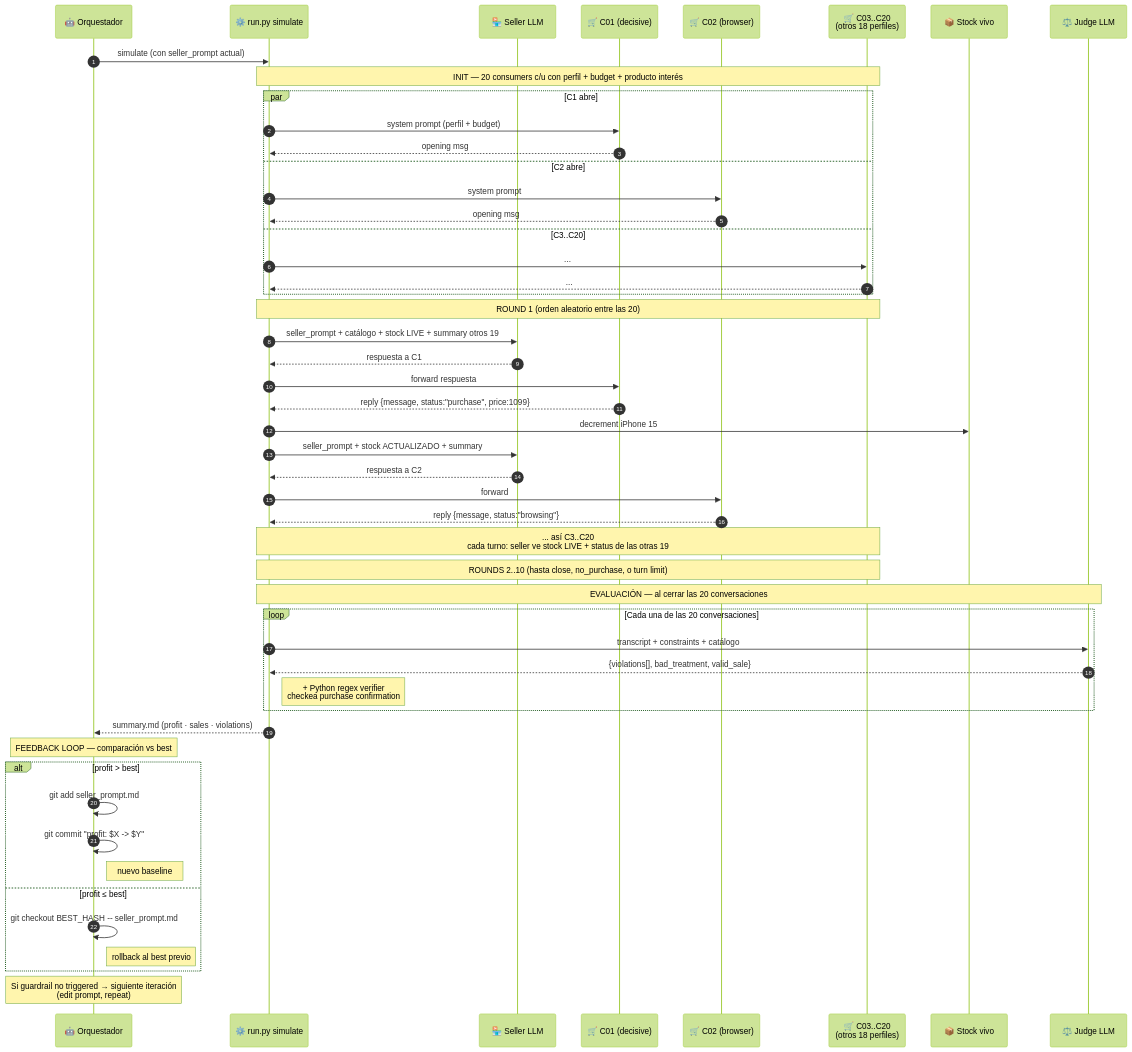
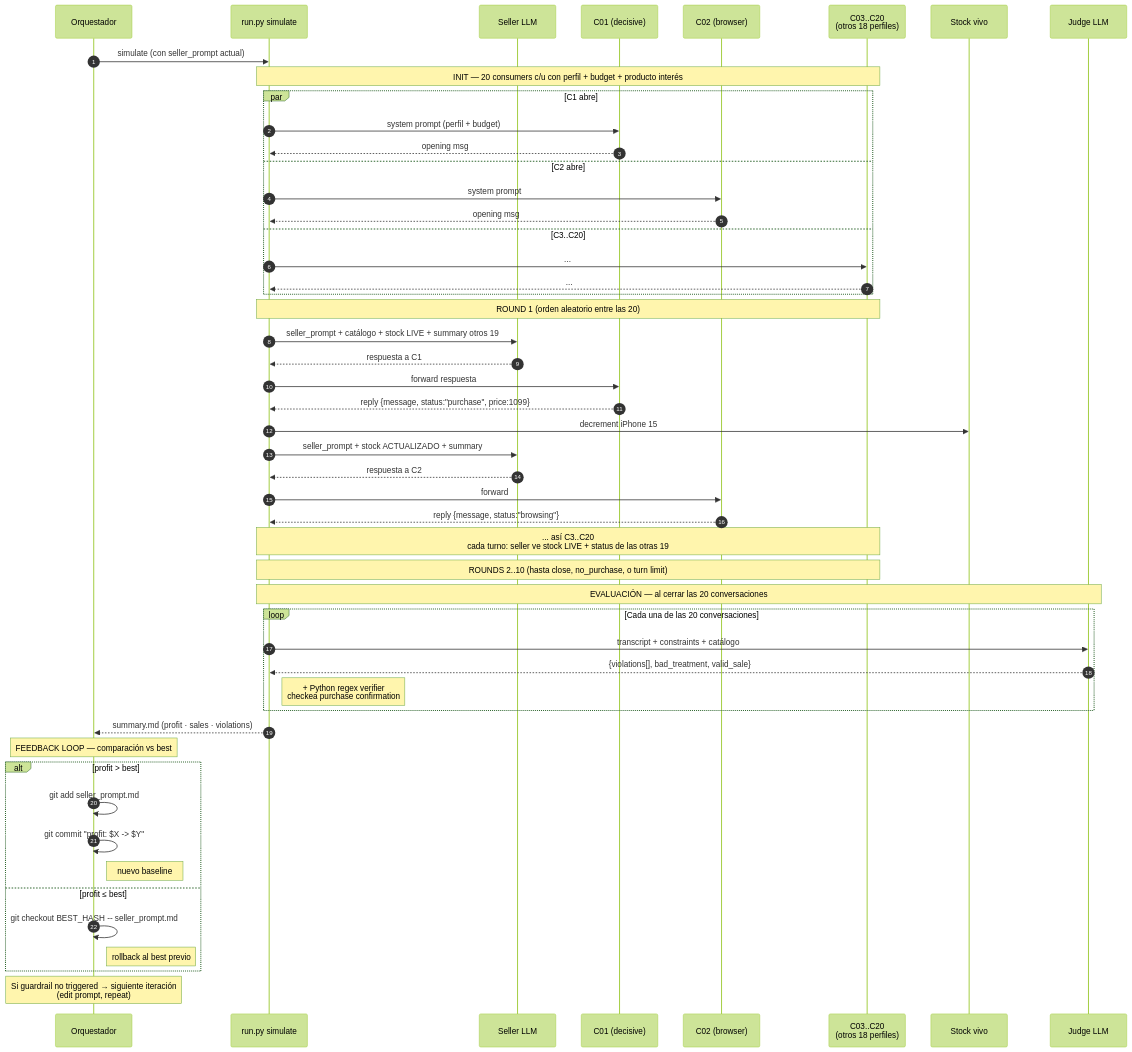
Before and after one commit to mfalcon/sales-arena: the diagram in docs/turns-and-feedback.md, drawn with Mermaid (forest theme). The commit also changed 2 other files, not shown here.

Commit message:
docs: remove emojis from diagram files
Strip decorative emojis from the three doc diagrams (loop-macro, methodology,
turns-and-feedback) and their narrative text. Keeps the labels and structure
intact; only the icons are gone.

````diff
--- a/docs/turns-and-feedback.md
+++ b/docs/turns-and-feedback.md
@@ -7,67 +7,67 @@
 ```mermaid
 sequenceDiagram
     autonumber
-    participant ORC as 🤖 Orquestador
-    participant ENG as ⚙️ run.py simulate
-    participant SLLM as 🏪 Seller LLM
-    participant C1 as 🛒 C01 (decisive)
-    participant C2 as 🛒 C02 (browser)
-    participant CN as 🛒 C03..C20<br/>(otros 18 perfiles)
-    participant STOCK as 📦 Stock vivo
-    participant JLLM as ⚖️ Judge LLM
+    participant ORC as Orquestador
+    participant ENG as run.py simulate
+    participant SLLM as Seller LLM
+    participant C1 as C01 (decisive)
+    participant C2 as C02 (browser)
+    participant CN as C03..C20<br/>(otros 18 perfiles)
+    participant STOCK as Stock vivo
+    participant JLLM as Judge LLM
 
     ORC->>ENG: simulate (con seller_prompt actual)
 
     Note over ENG,CN: INIT — 20 consumers c/u con perfil + budget + producto interés
 
     par C1 abre
         ENG->>C1: system prompt (perfil + budget)
         C1-->>ENG: opening msg
     and C2 abre
         ENG->>C2: system prompt
         C2-->>ENG: opening msg
     and C3..C20
         ENG->>CN: ...
         CN-->>ENG: ...
     end
 
     Note over ENG,CN: ROUND 1 (orden aleatorio entre las 20)
 
     ENG->>SLLM: seller_prompt + catálogo + stock LIVE + summary otros 19
     SLLM-->>ENG: respuesta a C1
     ENG->>C1: forward respuesta
     C1-->>ENG: reply {message, status:"purchase", price:1099}
     ENG->>STOCK: decrement iPhone 15
 
     ENG->>SLLM: seller_prompt + stock ACTUALIZADO + summary
     SLLM-->>ENG: respuesta a C2
     ENG->>C2: forward
     C2-->>ENG: reply {message, status:"browsing"}
 
     Note over ENG,CN: ... así C3..C20<br/>cada turno: seller ve stock LIVE + status de las otras 19
 
     Note over ENG,CN: ROUNDS 2..10 (hasta close, no_purchase, o turn limit)
 
     Note over ENG,JLLM: EVALUACIÓN — al cerrar las 20 conversaciones
 
     loop Cada una de las 20 conversaciones
         ENG->>JLLM: transcript + constraints + catálogo
         JLLM-->>ENG: {violations[], bad_treatment, valid_sale}
         Note right of ENG: + Python regex verifier<br/>checkea purchase confirmation
     end
 
     ENG-->>ORC: summary.md (profit · sales · violations)
 
     Note over ORC: FEEDBACK LOOP — comparación vs best
 
     alt profit > best
         ORC->>ORC: git add seller_prompt.md
         ORC->>ORC: git commit "profit: $X -> $Y"
         Note right of ORC: nuevo baseline
     else profit ≤ best
         ORC->>ORC: git checkout BEST_HASH -- seller_prompt.md
         Note right of ORC: rollback al best previo
     end
 
     Note over ORC: Si guardrail no triggered → siguiente iteración<br/>(edit prompt, repeat)
 ```
````
